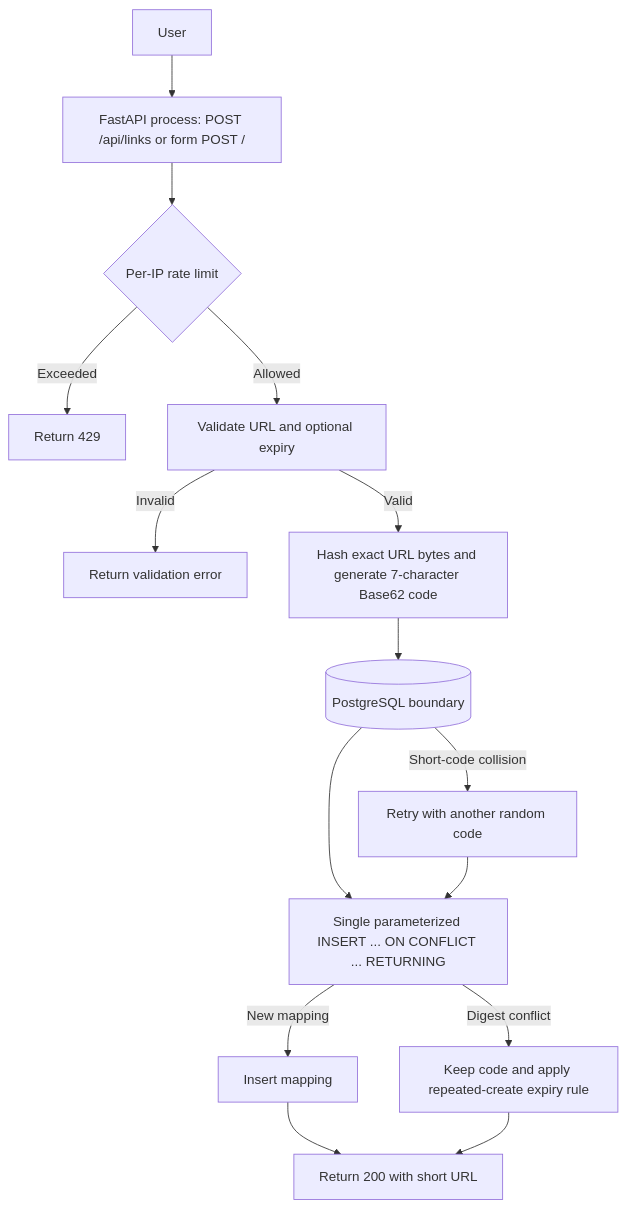
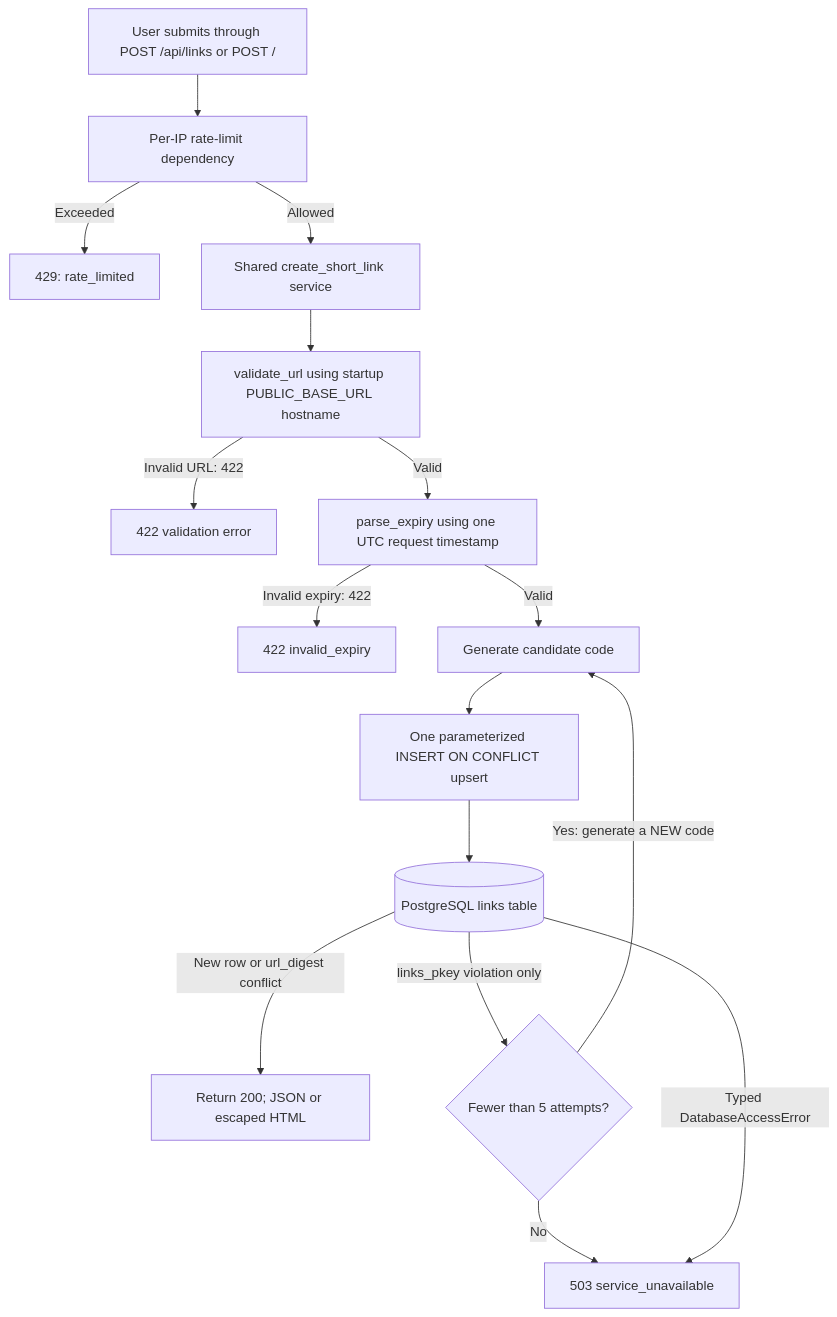
The first of 2 diagrams in docs/architecture.md (jannisrufina/AI-URL-Shortner), drawn with Mermaid before and after one commit. The commit also changed other lines of this file and 1 other file, not shown here.

````diff
--- a/docs/architecture.md
+++ b/docs/architecture.md
@@ -15,17 +26,18 @@
 ```mermaid
 flowchart TD
-    U[User] --> A[FastAPI process: POST /api/links or form POST /]
-    A --> R{Per-IP rate limit}
-    R -->|Exceeded| R429[Return 429]
-    R -->|Allowed| V[Validate URL and optional expiry]
-    V -->|Invalid| E[Return validation error]
-    V -->|Valid| H[Hash exact URL bytes and generate 7-character Base62 code]
-    H --> DB[(PostgreSQL boundary)]
-    DB --> Q[Single parameterized INSERT ... ON CONFLICT ... RETURNING]
-    Q -->|Digest conflict| X[Keep code and apply repeated-create expiry rule]
-    Q -->|New mapping| N[Insert mapping]
-    N --> S[Return 200 with short URL]
-    X --> S
-    DB -->|Short-code collision| C[Retry with another random code]
-    C --> Q
+    U["User submits through POST /api/links or POST /"] --> R["Per-IP rate-limit dependency"]
+    R -->|Exceeded| L429["429: rate_limited"]
+    R -->|Allowed| S["Shared create_short_link service"]
+    S --> V["validate_url using startup PUBLIC_BASE_URL hostname"]
+    V -->|Invalid URL: 422| E422["422 validation error"]
+    V -->|Valid| X["parse_expiry using one UTC request timestamp"]
+    X -->|Invalid expiry: 422| X422["422 invalid_expiry"]
+    X -->|Valid| C["Generate candidate code"]
+    C --> Q["One parameterized INSERT ON CONFLICT upsert"]
+    Q --> DB[("PostgreSQL links table")]
+    DB -->|New row or url_digest conflict| OK["Return 200; JSON or escaped HTML"]
+    DB -->|links_pkey violation only| RETRY{"Fewer than 5 attempts?"}
+    RETRY -->|Yes: generate a NEW code| C
+    RETRY -->|No| E503["503 service_unavailable"]
+    DB -->|Typed DatabaseAccessError| E503
 ```
````
